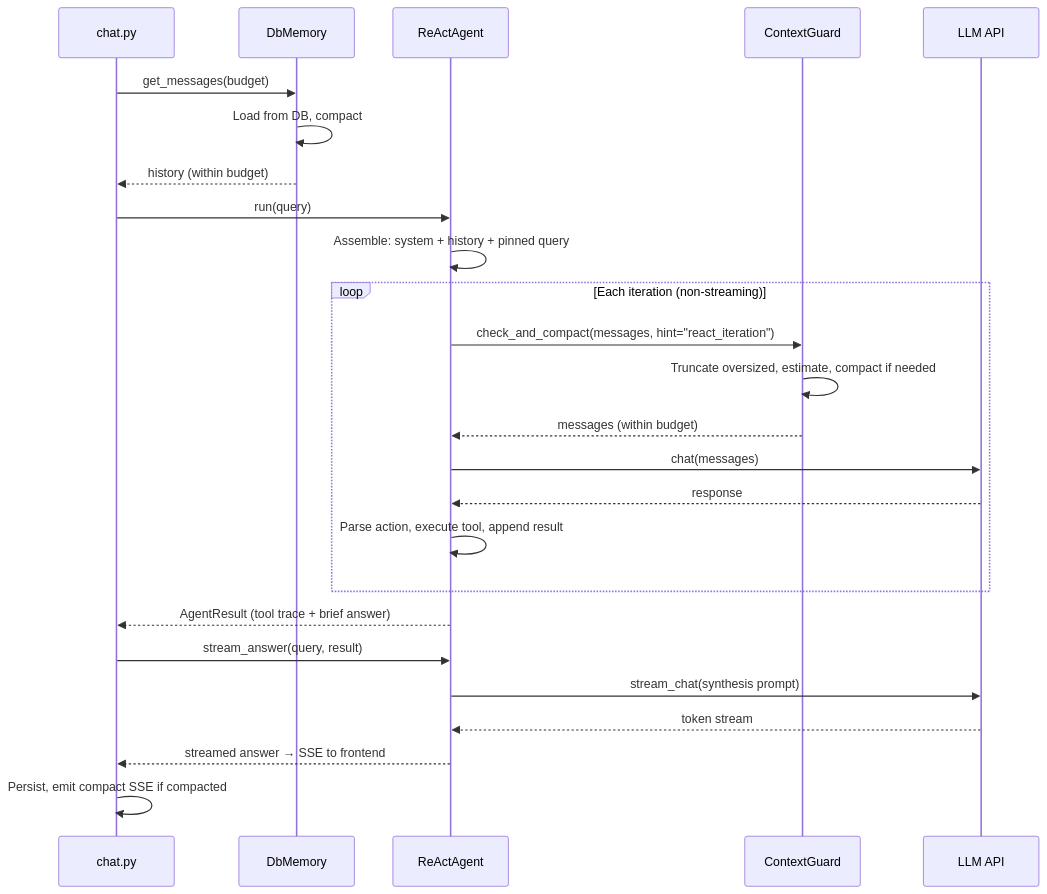
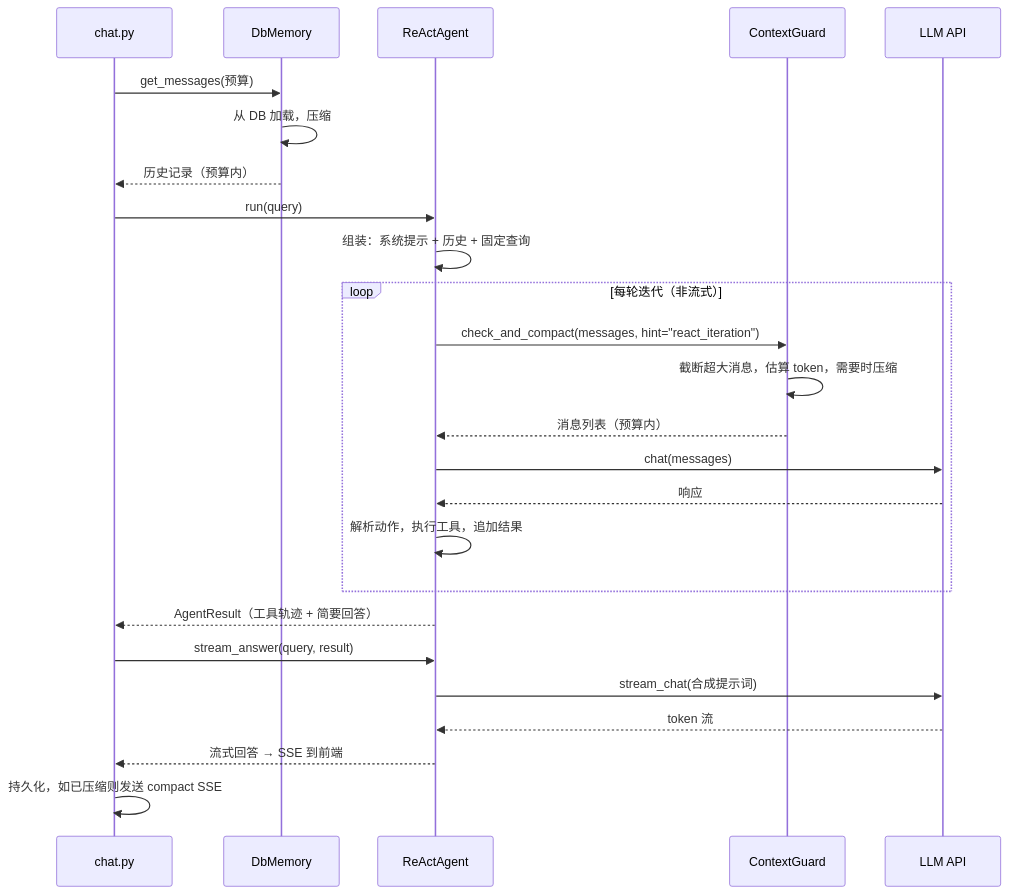
Before and after one commit to fim-ai/fim-agent: the second of 3 diagrams in docs/zh/architecture/context-management.mdx, drawn with Mermaid. The commit also changed other lines of this file, not shown here.

````diff
--- a/docs/zh/architecture/context-management.mdx
+++ b/docs/zh/architecture/context-management.mdx
@@ -139,31 +139,31 @@
 ```mermaid
 sequenceDiagram
     participant Chat as chat.py
     participant Db as DbMemory
     participant Agent as ReActAgent
     participant CG as ContextGuard
     participant LLM as LLM API
 
-    Chat->>Db: get_messages(budget)
-    Db->>Db: Load from DB, compact
-    Db-->>Chat: history (within budget)
+    Chat->>Db: get_messages(预算)
+    Db->>Db: 从 DB 加载，压缩
+    Db-->>Chat: 历史记录（预算内）
 
     Chat->>Agent: run(query)
-    Agent->>Agent: Assemble: system + history + pinned query
+    Agent->>Agent: 组装：系统提示 + 历史 + 固定查询
 
-    loop Each iteration (non-streaming)
+    loop 每轮迭代（非流式）
         Agent->>CG: check_and_compact(messages, hint="react_iteration")
-        CG->>CG: Truncate oversized, estimate, compact if needed
-        CG-->>Agent: messages (within budget)
+        CG->>CG: 截断超大消息，估算 token，需要时压缩
+        CG-->>Agent: 消息列表（预算内）
         Agent->>LLM: chat(messages)
-        LLM-->>Agent: response
-        Agent->>Agent: Parse action, execute tool, append result
+        LLM-->>Agent: 响应
+        Agent->>Agent: 解析动作，执行工具，追加结果
     end
 
-    Agent-->>Chat: AgentResult (tool trace + brief answer)
+    Agent-->>Chat: AgentResult（工具轨迹 + 简要回答）
     Chat->>Agent: stream_answer(query, result)
-    Agent->>LLM: stream_chat(synthesis prompt)
-    LLM-->>Agent: token stream
-    Agent-->>Chat: streamed answer → SSE to frontend
-    Chat->>Chat: Persist, emit compact SSE if compacted
+    Agent->>LLM: stream_chat(合成提示词)
+    LLM-->>Agent: token 流
+    Agent-->>Chat: 流式回答 → SSE 到前端
+    Chat->>Chat: 持久化，如已压缩则发送 compact SSE
 ```
````
